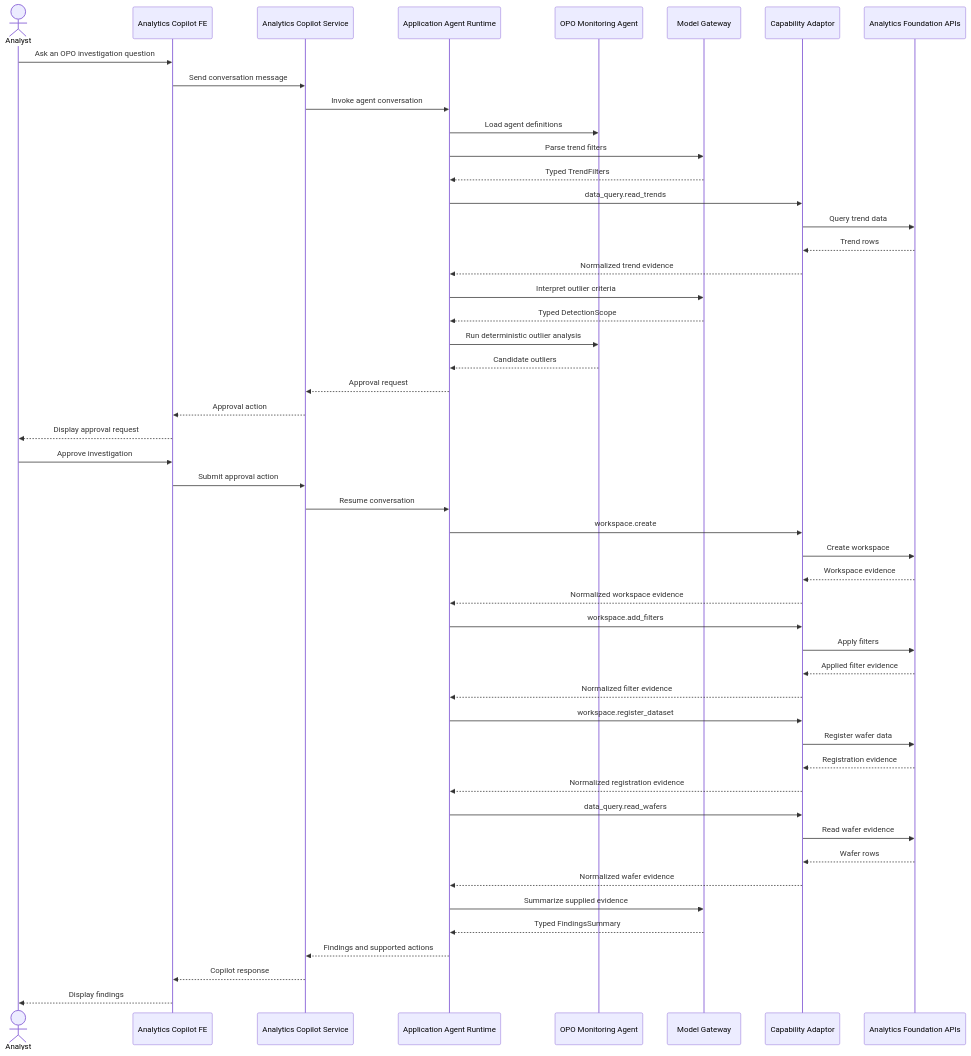
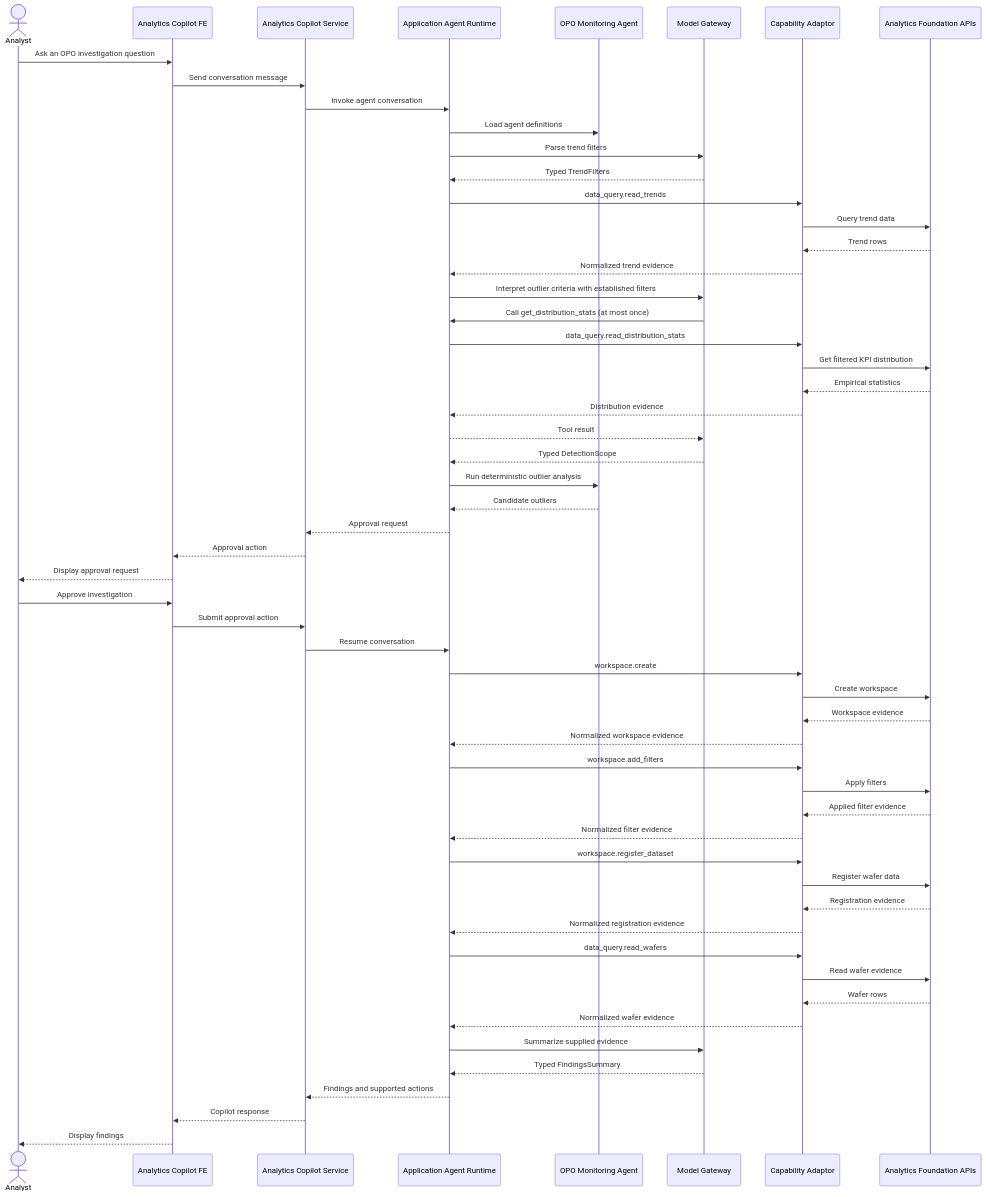
One commit to girishchanderkalia/analytics-agent-fwk changed the second of 3 diagrams in agents/opo-monitoring/sequence-diagrams.md. Above: the diagram before and after it, drawn with Mermaid. The commit also changed 9 other files, not shown here.

````diff
--- a/agents/opo-monitoring/sequence-diagrams.md
+++ b/agents/opo-monitoring/sequence-diagrams.md
@@ -31,65 +31,71 @@
 ```mermaid
 sequenceDiagram
     actor Analyst
     participant CopilotFE as Analytics Copilot FE
     participant CopilotService as Analytics Copilot Service
     participant Runtime as Application Agent Runtime
     participant Agent as OPO Monitoring Agent
     participant Model as Model Gateway
     participant Adaptor as Capability Adaptor
     participant AF as Analytics Foundation APIs
 
     Analyst->>CopilotFE: Ask an OPO investigation question
     CopilotFE->>CopilotService: Send conversation message
     CopilotService->>Runtime: Invoke agent conversation
     Runtime->>Agent: Load agent definitions
 
     Runtime->>Model: Parse trend filters
     Model-->>Runtime: Typed TrendFilters
 
     Runtime->>Adaptor: data_query.read_trends
     Adaptor->>AF: Query trend data
     AF-->>Adaptor: Trend rows
     Adaptor-->>Runtime: Normalized trend evidence
 
-    Runtime->>Model: Interpret outlier criteria
+    Runtime->>Model: Interpret outlier criteria with established filters
+    Model->>Runtime: Call get_distribution_stats (at most once)
+    Runtime->>Adaptor: data_query.read_distribution_stats
+    Adaptor->>AF: Get filtered KPI distribution
+    AF-->>Adaptor: Empirical statistics
+    Adaptor-->>Runtime: Distribution evidence
+    Runtime-->>Model: Tool result
     Model-->>Runtime: Typed DetectionScope
 
     Runtime->>Agent: Run deterministic outlier analysis
     Agent-->>Runtime: Candidate outliers
 
     Runtime-->>CopilotService: Approval request
     CopilotService-->>CopilotFE: Approval action
     CopilotFE-->>Analyst: Display approval request
 
     Analyst->>CopilotFE: Approve investigation
     CopilotFE->>CopilotService: Submit approval action
     CopilotService->>Runtime: Resume conversation
 
     Runtime->>Adaptor: workspace.create
     Adaptor->>AF: Create workspace
     AF-->>Adaptor: Workspace evidence
     Adaptor-->>Runtime: Normalized workspace evidence
 
     Runtime->>Adaptor: workspace.add_filters
     Adaptor->>AF: Apply filters
     AF-->>Adaptor: Applied filter evidence
     Adaptor-->>Runtime: Normalized filter evidence
 
     Runtime->>Adaptor: workspace.register_dataset
     Adaptor->>AF: Register wafer data
     AF-->>Adaptor: Registration evidence
     Adaptor-->>Runtime: Normalized registration evidence
 
     Runtime->>Adaptor: data_query.read_wafers
     Adaptor->>AF: Read wafer evidence
     AF-->>Adaptor: Wafer rows
     Adaptor-->>Runtime: Normalized wafer evidence
 
     Runtime->>Model: Summarize supplied evidence
     Model-->>Runtime: Typed FindingsSummary
 
     Runtime-->>CopilotService: Findings and supported actions
     CopilotService-->>CopilotFE: Copilot response
     CopilotFE-->>Analyst: Display findings
 ```
````
